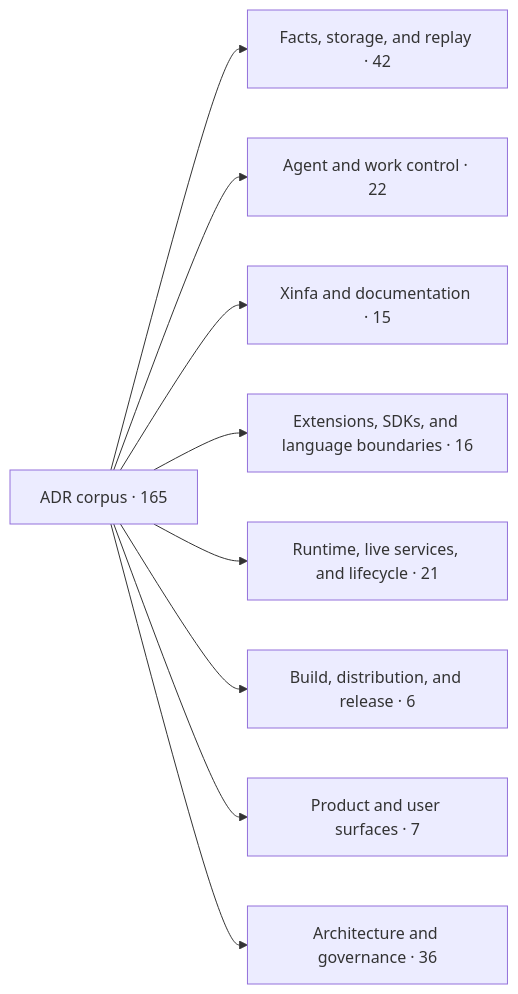
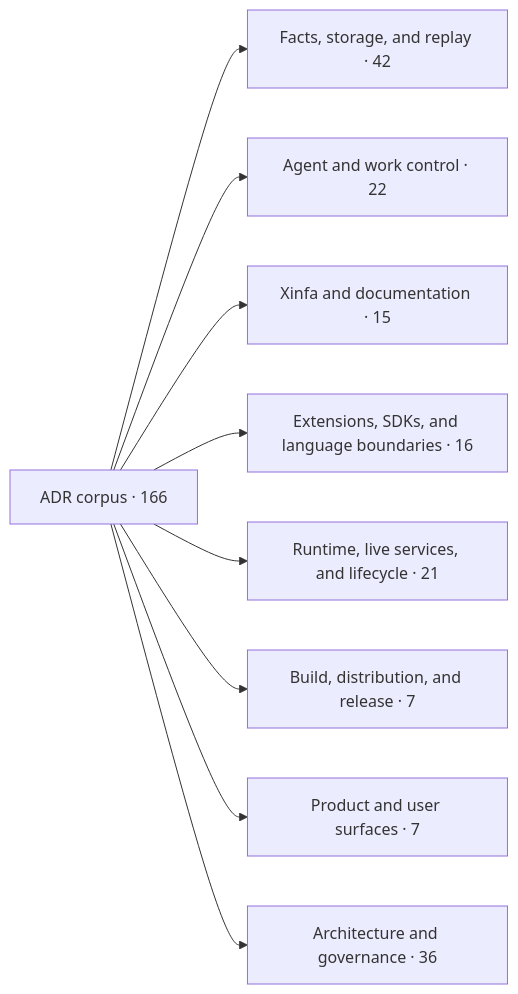
One commit to PterX/kungfu changed the first of 2 diagrams in docs/architecture/adr-map.md. Above: the diagram before and after it, drawn with Mermaid. The commit also changed other lines of this file and 9 other files, not shown here.

````diff
--- a/docs/architecture/adr-map.md
+++ b/docs/architecture/adr-map.md
@@ -20,12 +20,12 @@
 ```mermaid
 flowchart LR
-  root["ADR corpus · 165"]
+  root["ADR corpus · 166"]
   root --> d0["Facts, storage, and replay · 42"]
   root --> d1["Agent and work control · 22"]
   root --> d2["Xinfa and documentation · 15"]
   root --> d3["Extensions, SDKs, and language boundaries · 16"]
   root --> d4["Runtime, live services, and lifecycle · 21"]
-  root --> d5["Build, distribution, and release · 6"]
+  root --> d5["Build, distribution, and release · 7"]
   root --> d6["Product and user surfaces · 7"]
   root --> d7["Architecture and governance · 36"]
 ```
````
